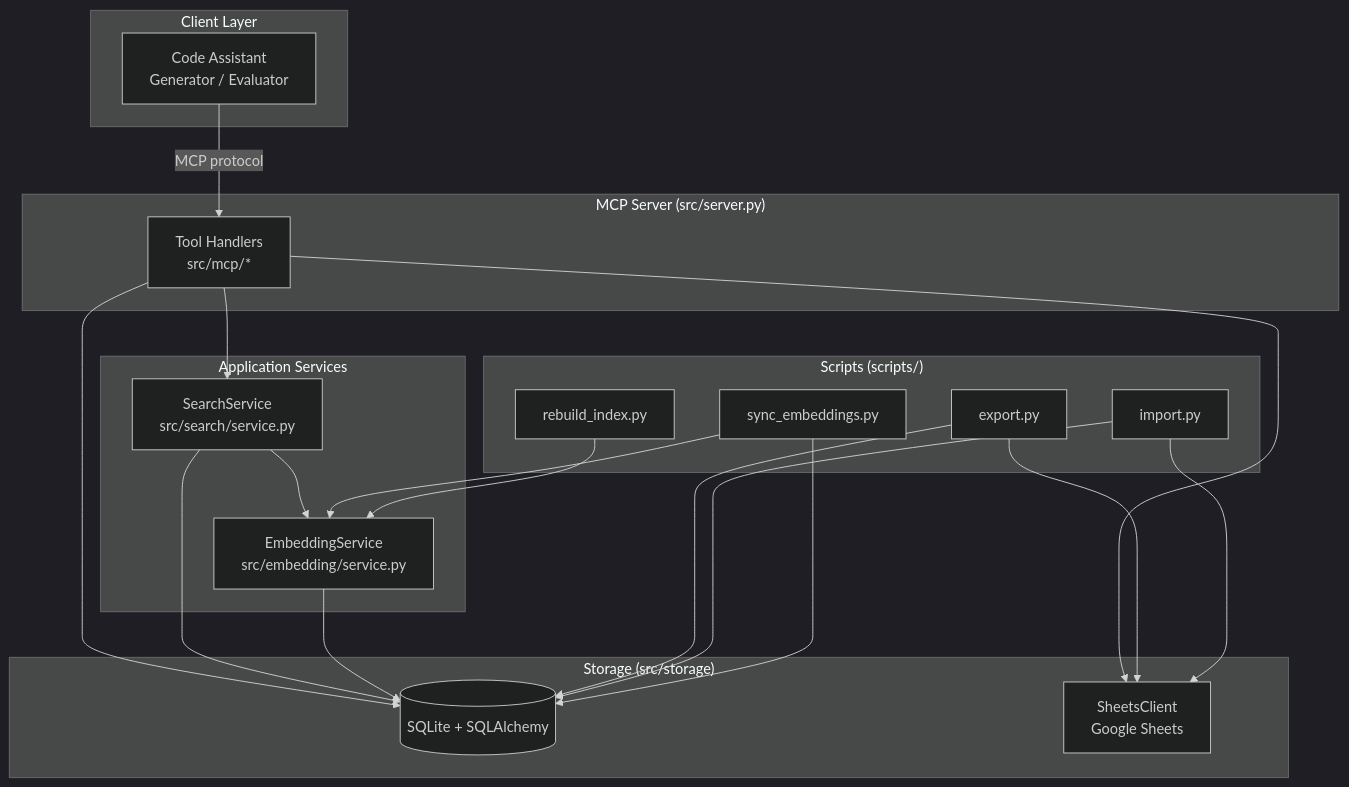
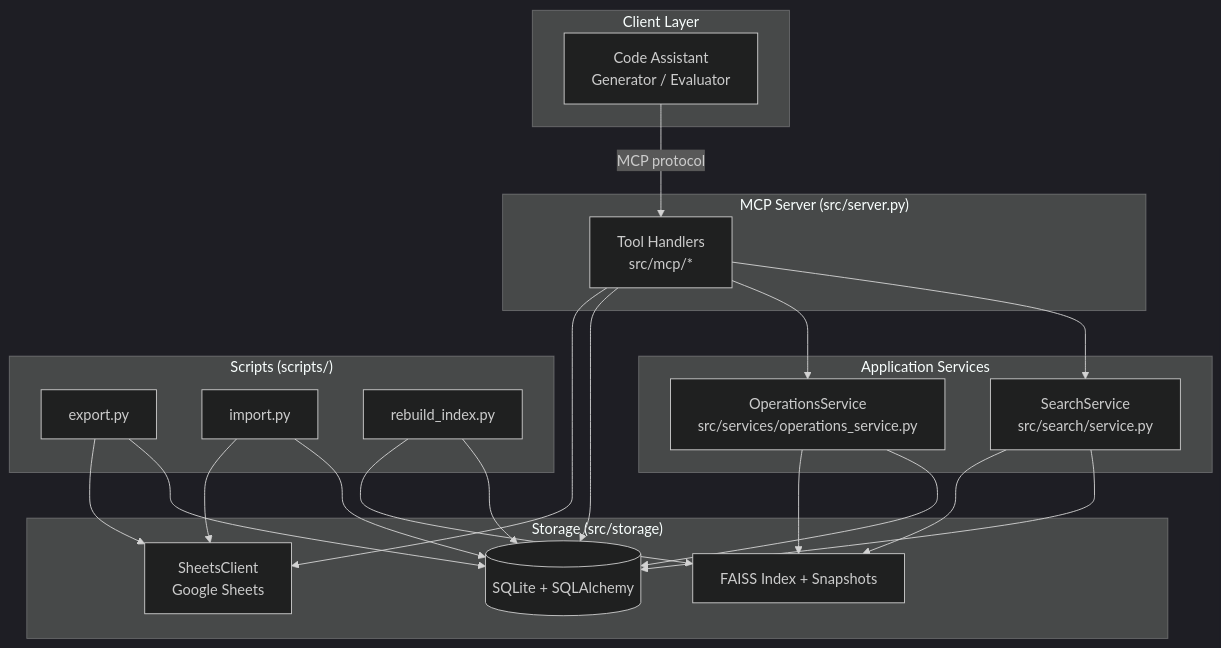
The first of 4 diagrams in doc/architecture.md (tyouritsugun/curated-heuristic-loop), drawn with Mermaid (dark theme) before and after one commit. The commit also changed other lines of this file and 41 other files, not shown here.

````diff
--- a/doc/architecture.md
+++ b/doc/architecture.md
@@ -9,42 +9,43 @@
 ```mermaid
 graph TB
     subgraph "Client Layer"
         CA[Code Assistant<br/>Generator / Evaluator]
     end
 
     subgraph "MCP Server (src/server.py)"
         HNDL[Tool Handlers<br/>src/mcp/*]
     end
 
     subgraph "Application Services"
         SRCH[SearchService<br/>src/search/service.py]
-        EMB[EmbeddingService<br/>src/embedding/service.py]
+        OPS[OperationsService<br/>src/services/operations_service.py]
     end
 
     subgraph "Storage (src/storage)"
         DB[(SQLite + SQLAlchemy)]
         SHEETS[SheetsClient<br/>Google Sheets]
+        INDEX[FAISS Index + Snapshots]
     end
 
     subgraph "Scripts (scripts/)"
         EXPORT[export.py]
         IMPORT[import.py]
-        SYNC[sync_embeddings.py]
         REBUILD[rebuild_index.py]
     end
 
     CA -->|MCP protocol| HNDL
     HNDL --> SRCH
+    HNDL --> OPS
     HNDL --> DB
     SRCH --> DB
-    SRCH --> EMB
-    EMB --> DB
+    SRCH --> INDEX
+    OPS --> DB
+    OPS --> INDEX
     HNDL --> SHEETS
     EXPORT --> DB
     EXPORT --> SHEETS
     IMPORT --> DB
     IMPORT --> SHEETS
-    SYNC --> DB
-    SYNC --> EMB
-    REBUILD --> EMB
+    REBUILD --> DB
+    REBUILD --> INDEX
 ```
````
